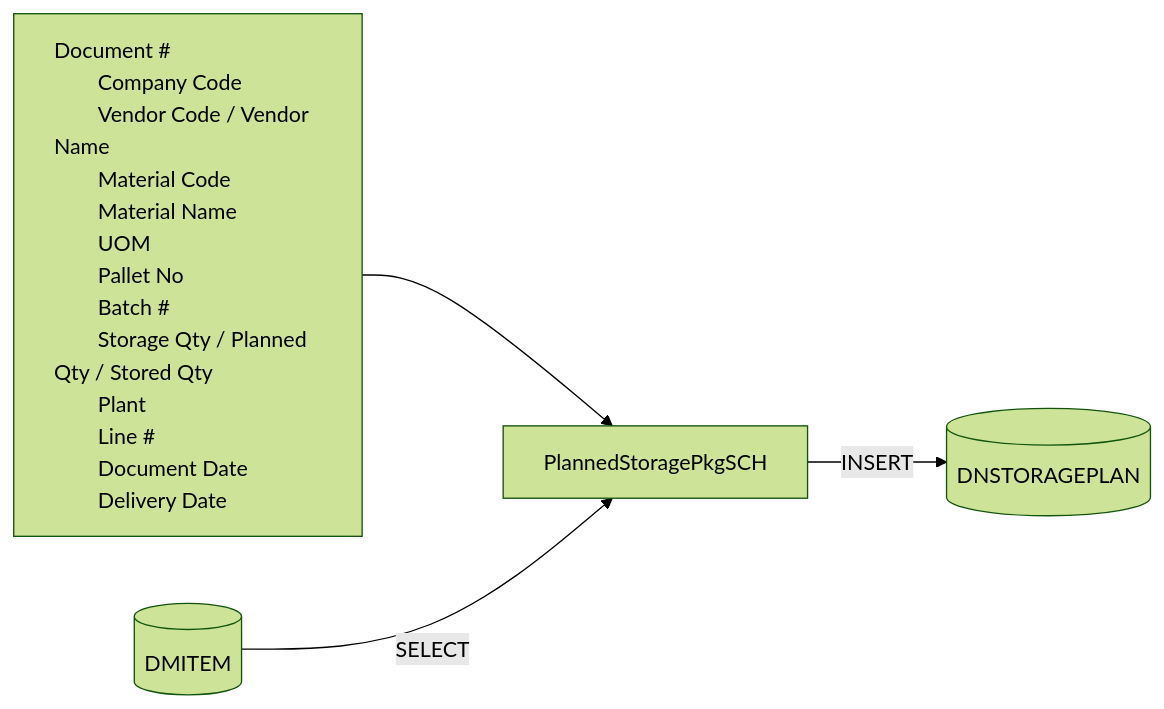
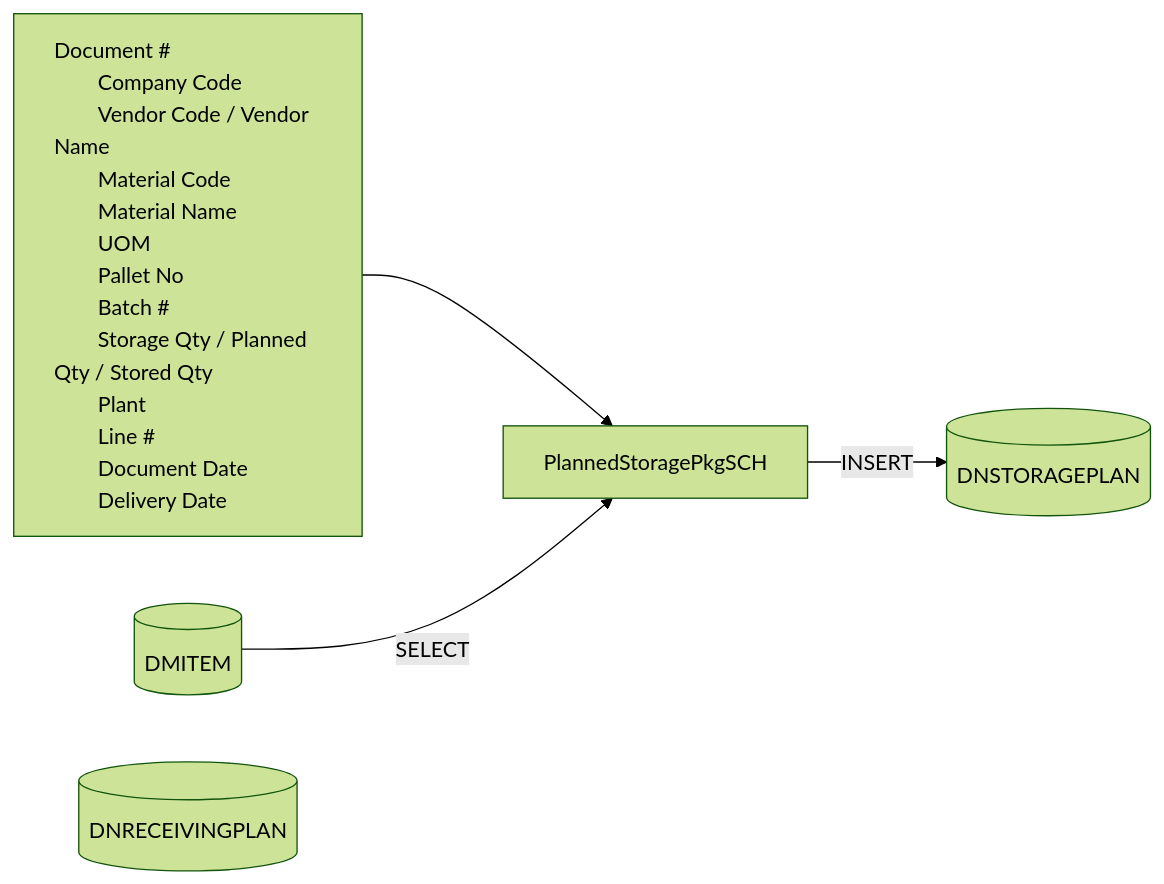
The first of 2 diagrams in Basic-Design/DFD-WMS/Storage/[SCREEN-ONLY]-Planned-Storage-Packaging-Material.md (luthfiadityaa/SimeDarby-Wiki), drawn with Mermaid (forest theme) before and after one commit.

Commit message:
Updated [SCREEN ONLY] Planned Storage Packaging Material

```diff
--- a/Basic-Design/DFD-WMS/Storage/[SCREEN-ONLY]-Planned-Storage-Packaging-Material.md
+++ b/Basic-Design/DFD-WMS/Storage/[SCREEN-ONLY]-Planned-Storage-Packaging-Material.md
@@ -35,33 +35,37 @@
 ::: mermaid
 flowchart LR
     input[
         Document #
         Company Code
         Vendor Code / Vendor Name
         Material Code
         Material Name
         UOM
         Pallet No        
         Batch #
         Storage Qty / Planned Qty / Stored Qty        
         Plant
         Line #
         Document Date
         Delivery Date
     ]
 
     tableList-select[("
         DMITEM
     ")]
 
+    tableList-select2[("
+        DNRECEIVINGPLAN
+    ")]
+
     tableList-insert[("
         DNSTORAGEPLAN
     ")]
 
     className[PlannedStoragePkgSCH]
 
     input --> className--> |INSERT| tableList-insert
     tableList-select--> |SELECT| className 
 
     style input text-align:left
 :::
```
